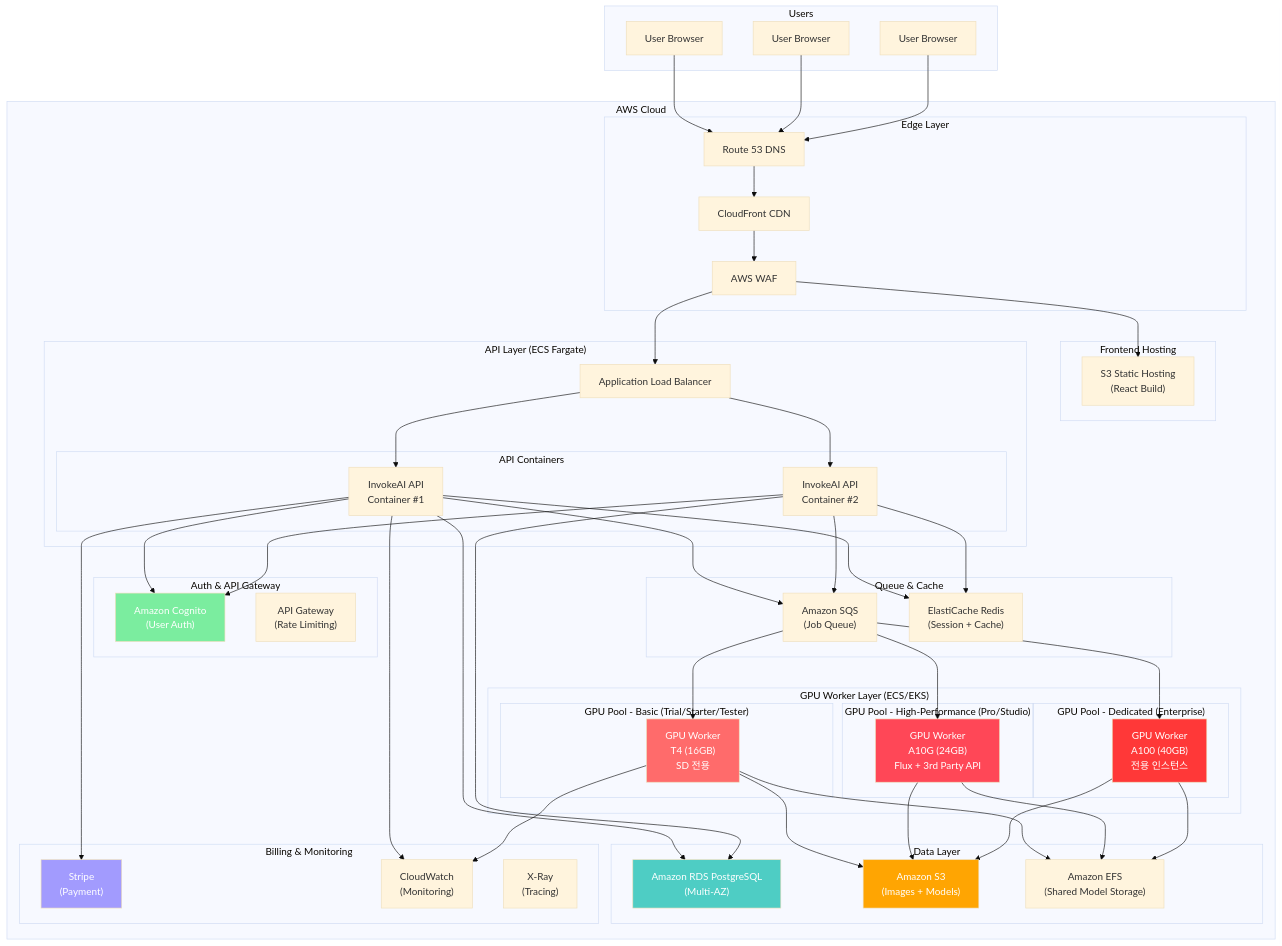
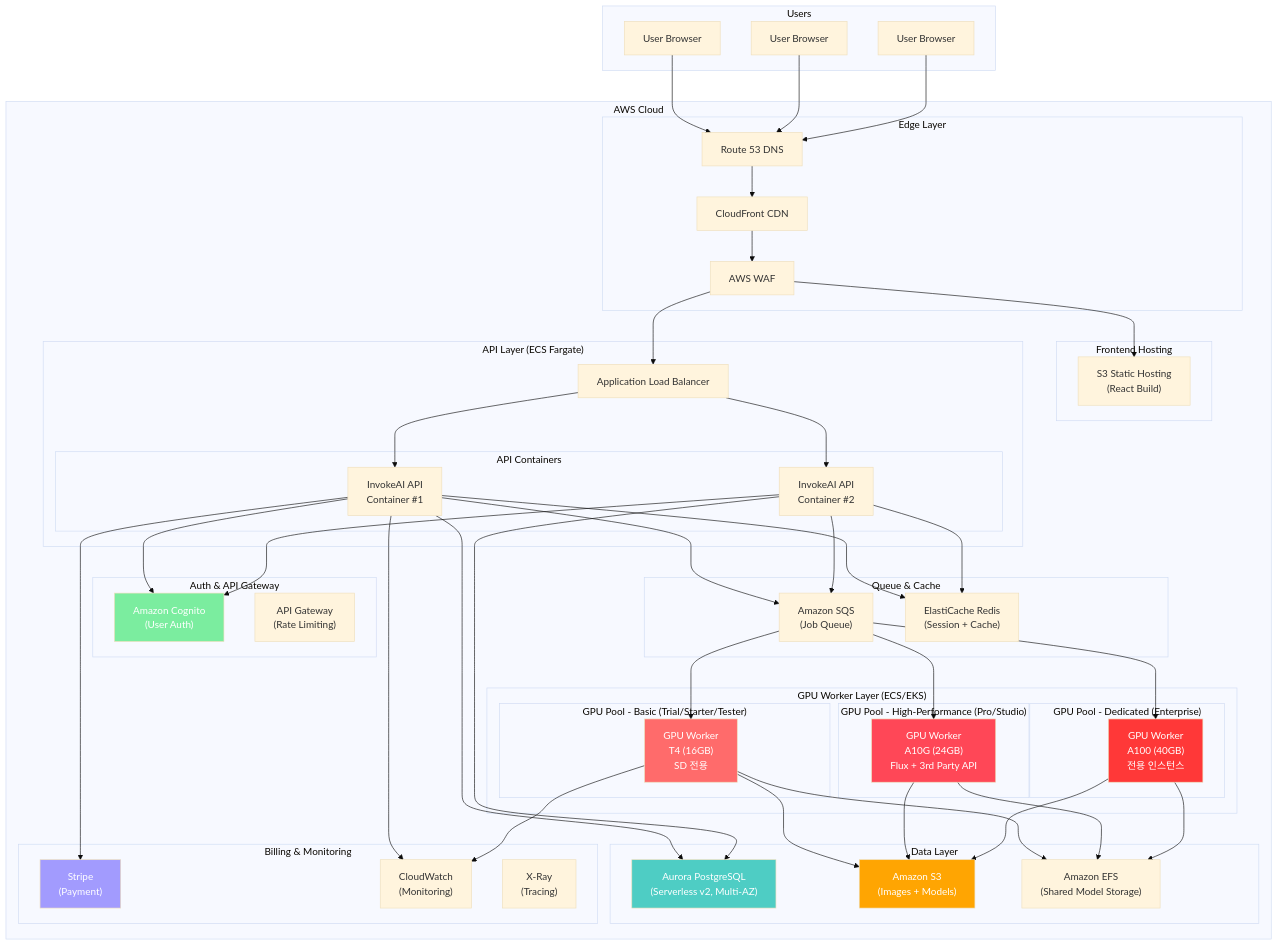
The second of 22 diagrams in docs/saas-analysis/02_ARCHITECTURE_DIAGRAMS.md (Pinksea-AI/InvokeAI), drawn with Mermaid (base theme) before and after one commit. The commit also changed other lines of this file and 1 other file, not shown here.

First line of the commit message:
docs: RDS→Aurora PostgreSQL 전환 (2차: Docs 02,04)

```diff
--- a/docs/saas-analysis/02_ARCHITECTURE_DIAGRAMS.md
+++ b/docs/saas-analysis/02_ARCHITECTURE_DIAGRAMS.md
@@ -153,7 +153,7 @@
         end
 
         subgraph "Data Layer"
-            RDS["Amazon RDS PostgreSQL<br/>(Multi-AZ)"]
+            RDS["Aurora PostgreSQL<br/>(Serverless v2, Multi-AZ)"]
             S3["Amazon S3<br/>(Images + Models)"]
             EFS["Amazon EFS<br/>(Shared Model Storage)"]
         end
```
